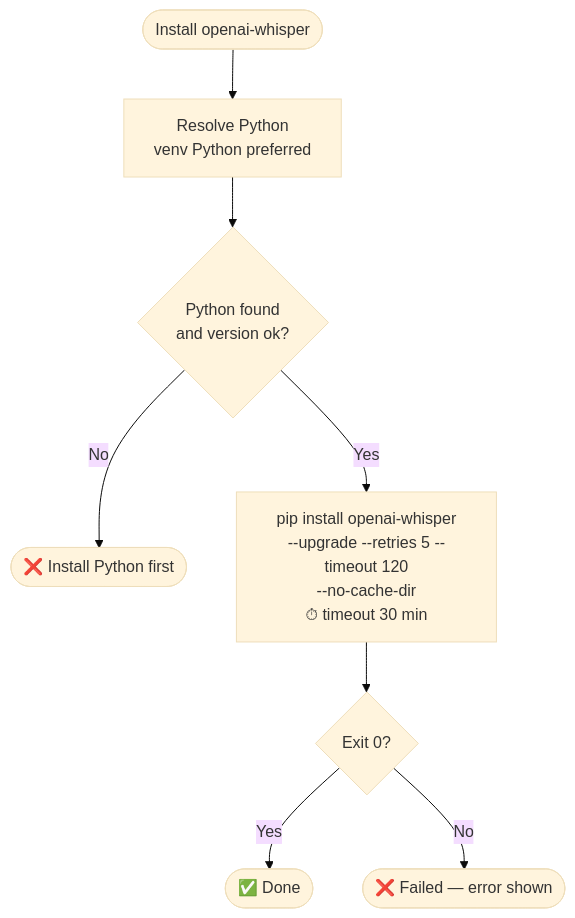
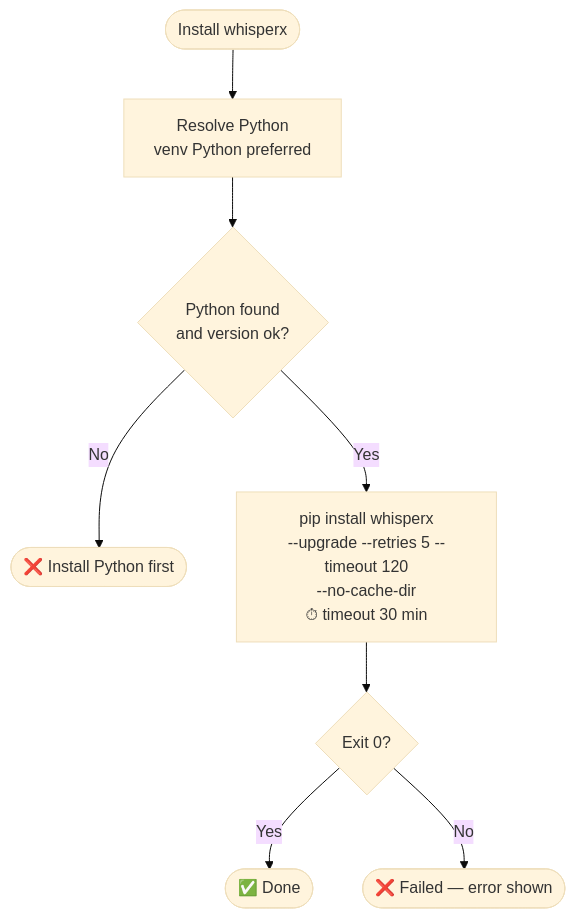
The fifth of 8 diagrams in docs/PREREQUISITES_FLOW.md (mohammadreza-davarzani/Whisper-Studio), drawn with Mermaid (base theme) before and after one commit. The commit also changed other lines of this file and 16 other files, not shown here.

````diff
--- a/docs/PREREQUISITES_FLOW.md
+++ b/docs/PREREQUISITES_FLOW.md
@@ -138,10 +138,10 @@
 ```mermaid
 flowchart TD
-    A([Install openai-whisper]) --> B[Resolve Python\nvenv Python preferred]
+    A([Install whisperx]) --> B[Resolve Python\nvenv Python preferred]
     B --> C{Python found\nand version ok?}
     C -- No --> D([❌ Install Python first])
-    C -- Yes --> E["pip install openai-whisper\n--upgrade --retries 5 --timeout 120\n--no-cache-dir\n⏱ timeout 30 min"]
+    C -- Yes --> E["pip install whisperx\n--upgrade --retries 5 --timeout 120\n--no-cache-dir\n⏱ timeout 30 min"]
     E --> F{Exit 0?}
     F -- Yes --> G([✅ Done])
     F -- No --> H([❌ Failed — error shown])
 ```
````
